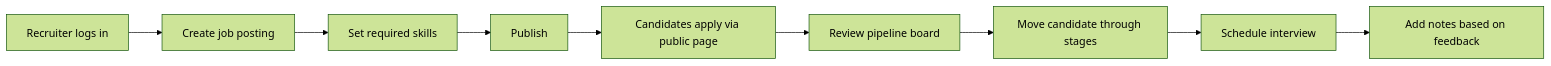
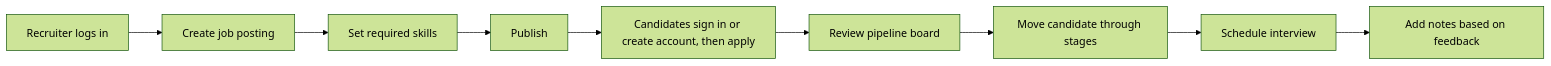
One commit to RedDotz20/talentpipe-crm changed the third of 6 diagrams in docs/06_ROLE_INTERACTIONS.md. Above: the diagram before and after it, drawn with Mermaid (forest theme). The commit also changed other lines of this file and 11 other files, not shown here.

````diff
--- a/docs/06_ROLE_INTERACTIONS.md
+++ b/docs/06_ROLE_INTERACTIONS.md
@@ -68,11 +68,11 @@
 ```mermaid
 flowchart LR
   A[Recruiter logs in] --> B[Create job posting]
   B --> C[Set required skills]
   C --> D[Publish]
-  D --> E[Candidates apply via public page]
+  D --> E[Candidates sign in or create account, then apply]
   E --> F[Review pipeline board]
   F --> G[Move candidate through stages]
   G --> H[Schedule interview]
   H --> I[Add notes based on feedback]
 ```
````
